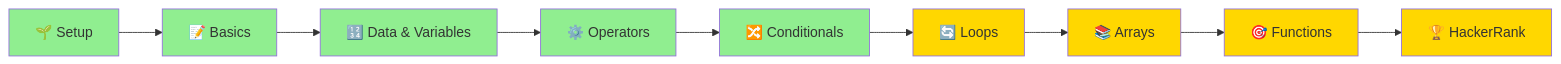
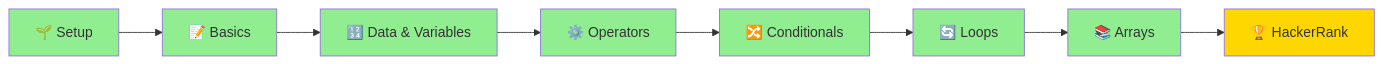
Before and after one commit to Shivambansal96/IIBS-Java-Basics: the diagram in README.md, drawn with Mermaid. The commit also changed other lines of this file and 1 other file, not shown here.

````diff
--- a/README.md
+++ b/README.md
@@ -78,21 +77,19 @@
 ```mermaid
 graph LR
     A[🌱 Setup] --> B[📝 Basics]
     B --> C[🔢 Data & Variables]
     C --> D[⚙️ Operators]
     D --> E[🔀 Conditionals]
     E --> F[🔄 Loops]
     F --> G[📚 Arrays]
-    G --> H[🎯 Functions]
-    H --> I[🏆 HackerRank]
+    G --> H[🏆 HackerRank]
     
     style A fill:#90EE90
     style B fill:#90EE90
     style C fill:#90EE90
     style D fill:#90EE90
     style E fill:#90EE90
-    style F fill:#FFD700
-    style G fill:#FFD700
+    style F fill:#90EE90
+    style G fill:#90EE90
     style H fill:#FFD700
-    style I fill:#FFD700
 ```
````
